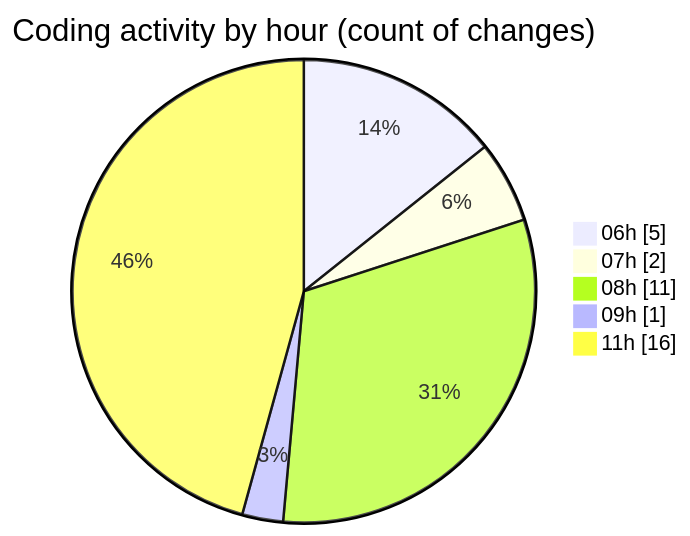
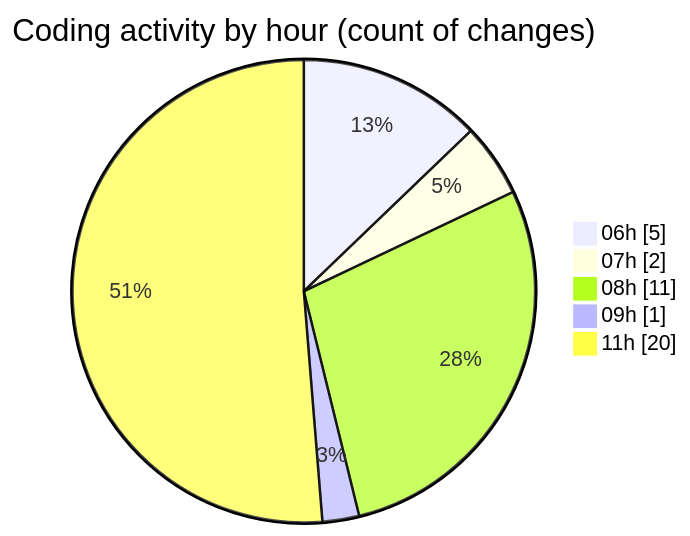
The second of 2 diagrams in 2025-04-17/zeytoon/README.md (vahidmafi/code-tracking), drawn with Mermaid before and after one commit. The commit also changed other lines of this file and 1 other file, not shown here.

````diff
--- a/2025-04-17/zeytoon/README.md
+++ b/2025-04-17/zeytoon/README.md
@@ -34,9 +36,9 @@
 ```mermaid
 pie showData
 title Coding activity by hour (count of changes)
 "06h" : 5
 "07h" : 2
 "08h" : 11
 "09h" : 1
-"11h" : 16
+"11h" : 20
 ```
````
